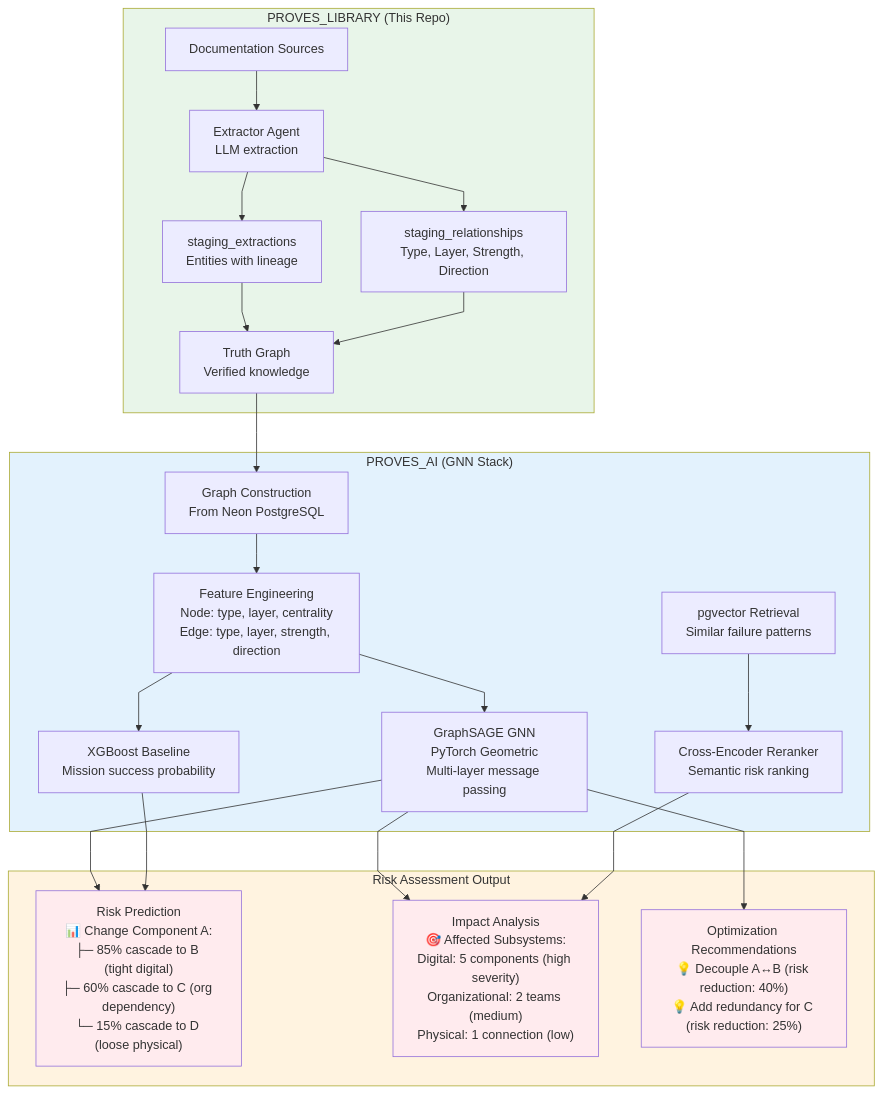
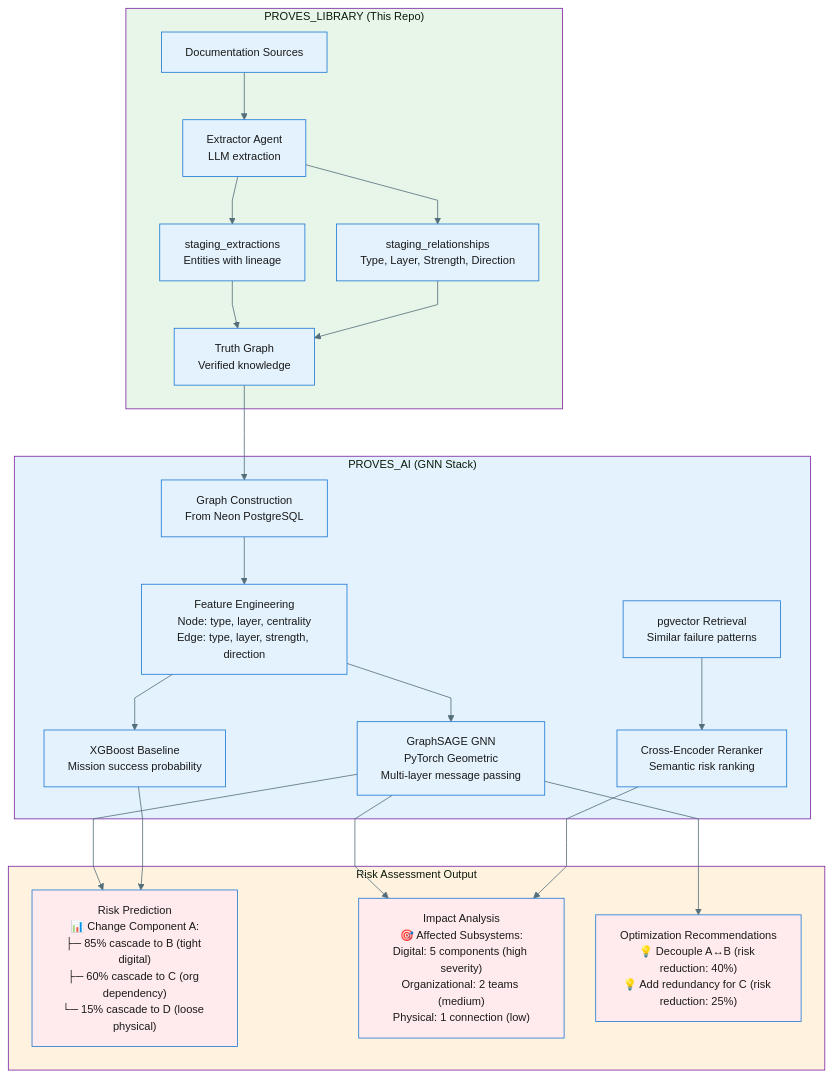
The second of 2 diagrams in README.md (Lizo-RoadTown/PROVES_LIBRARY), drawn with Mermaid before and after one commit. The commit also changed other lines of this file and 14 other files, not shown here.

First line of the commit message:
Apply professional theme to all Mermaid diagrams

````diff
--- a/README.md
+++ b/README.md
@@ -524,50 +546,72 @@
 ```mermaid
-%%{init: {'flowchart': {'curve': 'linear'}}}%%
+%%{init: {
+  'theme': 'base',
+  'themeVariables': {
+    'primaryColor': '#e3f2fd',
+    'primaryTextColor': '#1a1a1a',
+    'primaryBorderColor': '#1976d2',
+    'secondaryColor': '#fff8e1',
+    'secondaryBorderColor': '#f9a825',
+    'tertiaryColor': '#f3e5f5',
+    'tertiaryBorderColor': '#7b1fa2',
+    'lineColor': '#546e7a',
+    'textColor': '#1a1a1a',
+    'fontFamily': 'system-ui, -apple-system, sans-serif',
+    'fontSize': '14px'
+  },
+  'flowchart': {
+    'curve': 'linear',
+    'nodeSpacing': 40,
+    'rankSpacing': 60,
+    'padding': 15,
+    'htmlLabels': true
+  }
+}}%%
 flowchart TB
   subgraph PROVES_LIBRARY["PROVES_LIBRARY (This Repo)"]
     A[Documentation Sources]
     B[Extractor Agent<br/>LLM extraction]
     C[staging_extractions<br/>Entities with lineage]
     D[staging_relationships<br/>Type, Layer, Strength, Direction]
     E[Truth Graph<br/>Verified knowledge]
   end
 
   subgraph PROVES_AI["PROVES_AI (GNN Stack)"]
     F[Graph Construction<br/>From Neon PostgreSQL]
     G[Feature Engineering<br/>Node: type, layer, centrality<br/>Edge: type, layer, strength, direction]
     H[GraphSAGE GNN<br/>PyTorch Geometric<br/>Multi-layer message passing]
     I[XGBoost Baseline<br/>Mission success probability]
     J[Cross-Encoder Reranker<br/>Semantic risk ranking]
     K[pgvector Retrieval<br/>Similar failure patterns]
   end
 
   subgraph Output["Risk Assessment Output"]
     L["Risk Prediction<br/>📊 Change Component A:<br/>├─ 85% cascade to B (tight digital)<br/>├─ 60% cascade to C (org dependency)<br/>└─ 15% cascade to D (loose physical)"]
     M["Impact Analysis<br/>🎯 Affected Subsystems:<br/>Digital: 5 components (high severity)<br/>Organizational: 2 teams (medium)<br/>Physical: 1 connection (low)"]
     N["Optimization Recommendations<br/>💡 Decouple A↔B (risk reduction: 40%)<br/>💡 Add redundancy for C (risk reduction: 25%)"]
   end
 
   A --> B --> C
   B --> D
   C --> E
   D --> E
 
   E --> F
   F --> G
   G --> H
   G --> I
   K --> J
 
   H --> L
   H --> M
   I --> L
   J --> M
   H --> N
 
   style PROVES_LIBRARY fill:#e8f5e9
   style PROVES_AI fill:#e3f2fd
   style Output fill:#fff3e0
   style L fill:#ffebee
   style M fill:#ffebee
   style N fill:#ffebee
 ```
````
